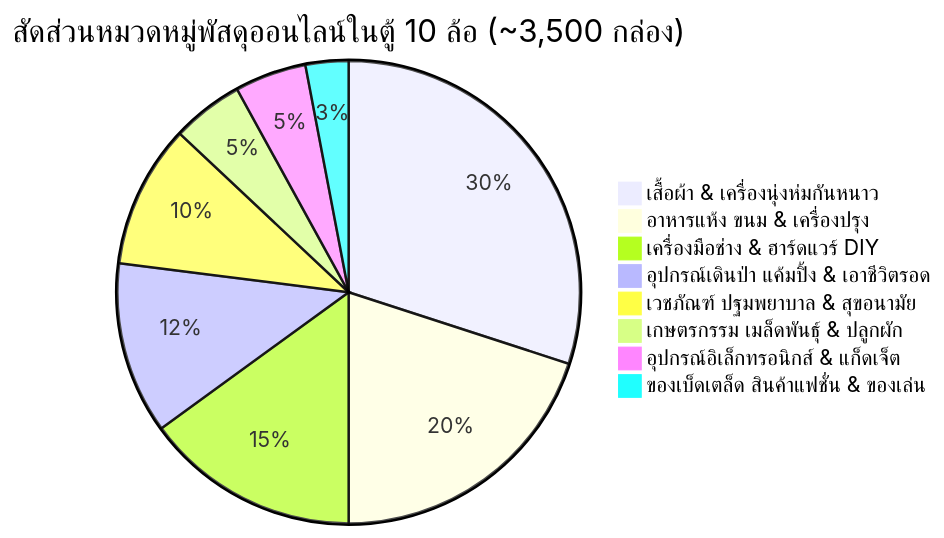
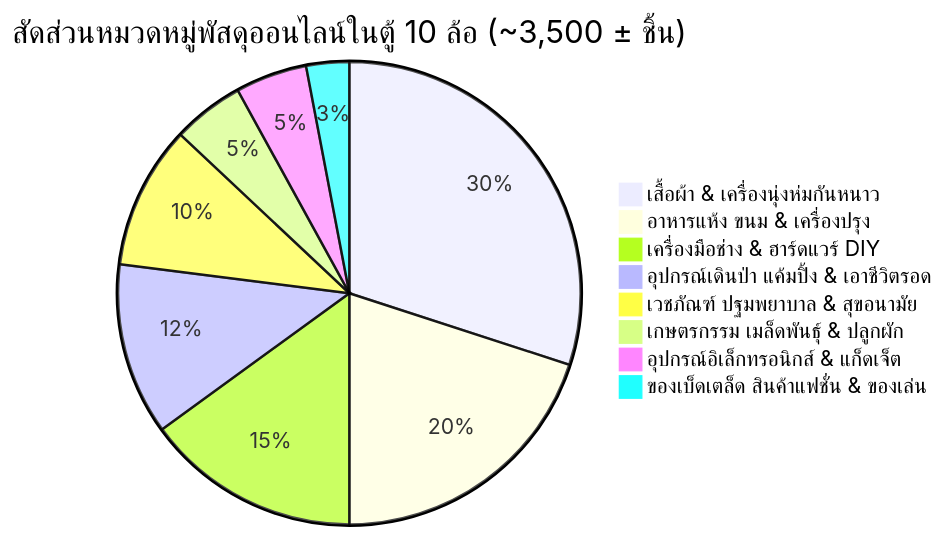
One commit to thaidelphi/1000-BC-ebooks changed the diagram in inventory.md. Above: the diagram before and after it, drawn with Mermaid. The commit also changed other lines of this file and 4 other files, not shown here.

````diff
--- a/inventory.md
+++ b/inventory.md
@@ -25,11 +25,11 @@
 ```mermaid
-pie title สัดส่วนหมวดหมู่พัสดุออนไลน์ในตู้ 10 ล้อ (~3,500 กล่อง)
+pie title สัดส่วนหมวดหมู่พัสดุออนไลน์ในตู้ 10 ล้อ (~3,500 ± ชิ้น)
     "เสื้อผ้า & เครื่องนุ่งห่มกันหนาว" : 30
     "อาหารแห้ง ขนม & เครื่องปรุง" : 20
     "เครื่องมือช่าง & ฮาร์ดแวร์ DIY" : 15
     "อุปกรณ์เดินป่า แค้มปิ้ง & เอาชีวิตรอด" : 12
     "เวชภัณฑ์ ปฐมพยาบาล & สุขอนามัย" : 10
     "เกษตรกรรม เมล็ดพันธุ์ & ปลูกผัก" : 5
     "อุปกรณ์อิเล็กทรอนิกส์ & แก็ดเจ็ต" : 5
     "ของเบ็ดเตล็ด สินค้าแฟชั่น & ของเล่น" : 3
 ```
````
